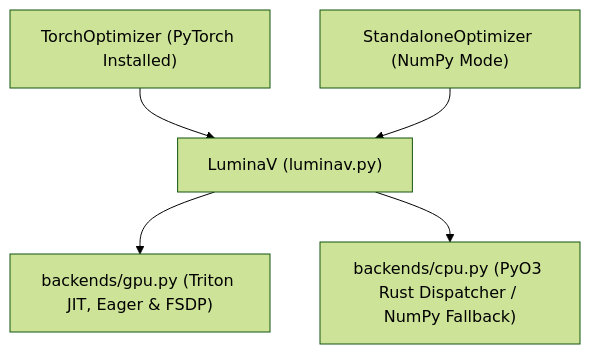
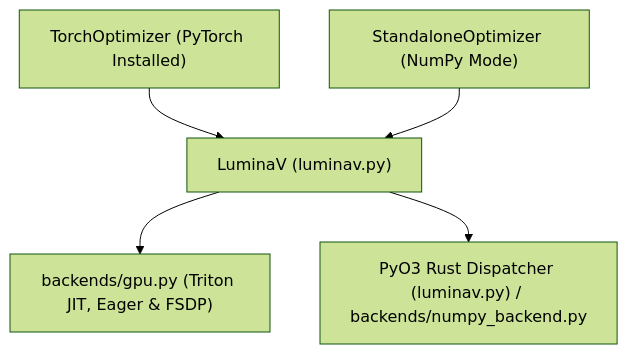
The diagram in docs/optimize/python_runtime/README.md (cloverx-id/luminamoon), drawn with Mermaid (forest theme) before and after one commit. The commit also changed other lines of this file and 52 other files, not shown here.

````diff
--- a/docs/optimize/python_runtime/README.md
+++ b/docs/optimize/python_runtime/README.md
@@ -9,7 +9,7 @@
 ```mermaid
 flowchart TD
     Torch["TorchOptimizer (PyTorch Installed)"] --> LuminaV["LuminaV (luminav.py)"]
     Standalone["StandaloneOptimizer (NumPy Mode)"] --> LuminaV
     LuminaV --> GPU["backends/gpu.py (Triton JIT, Eager & FSDP)"]
-    LuminaV --> CPU["backends/cpu.py (PyO3 Rust Dispatcher / NumPy Fallback)"]
+    LuminaV --> CPU["PyO3 Rust Dispatcher (luminav.py) / backends/numpy_backend.py"]
 ```
````
